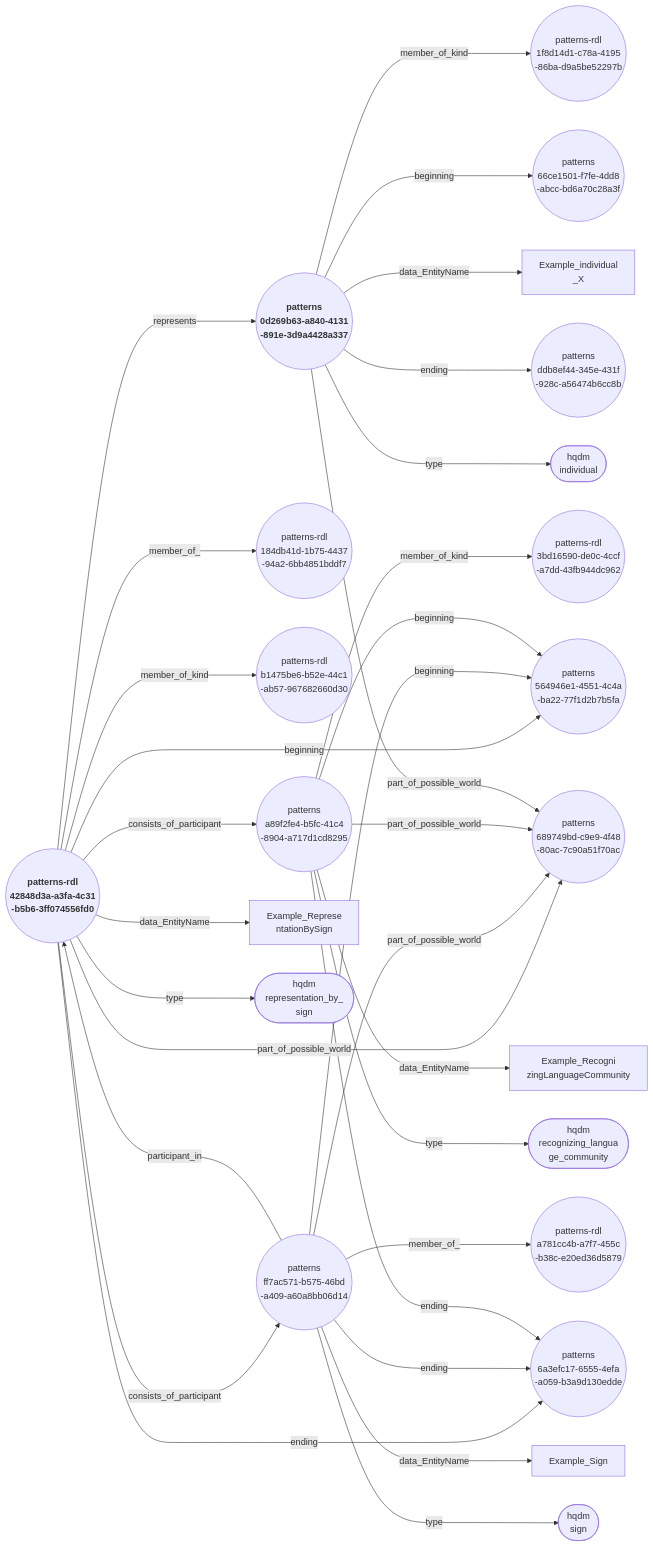
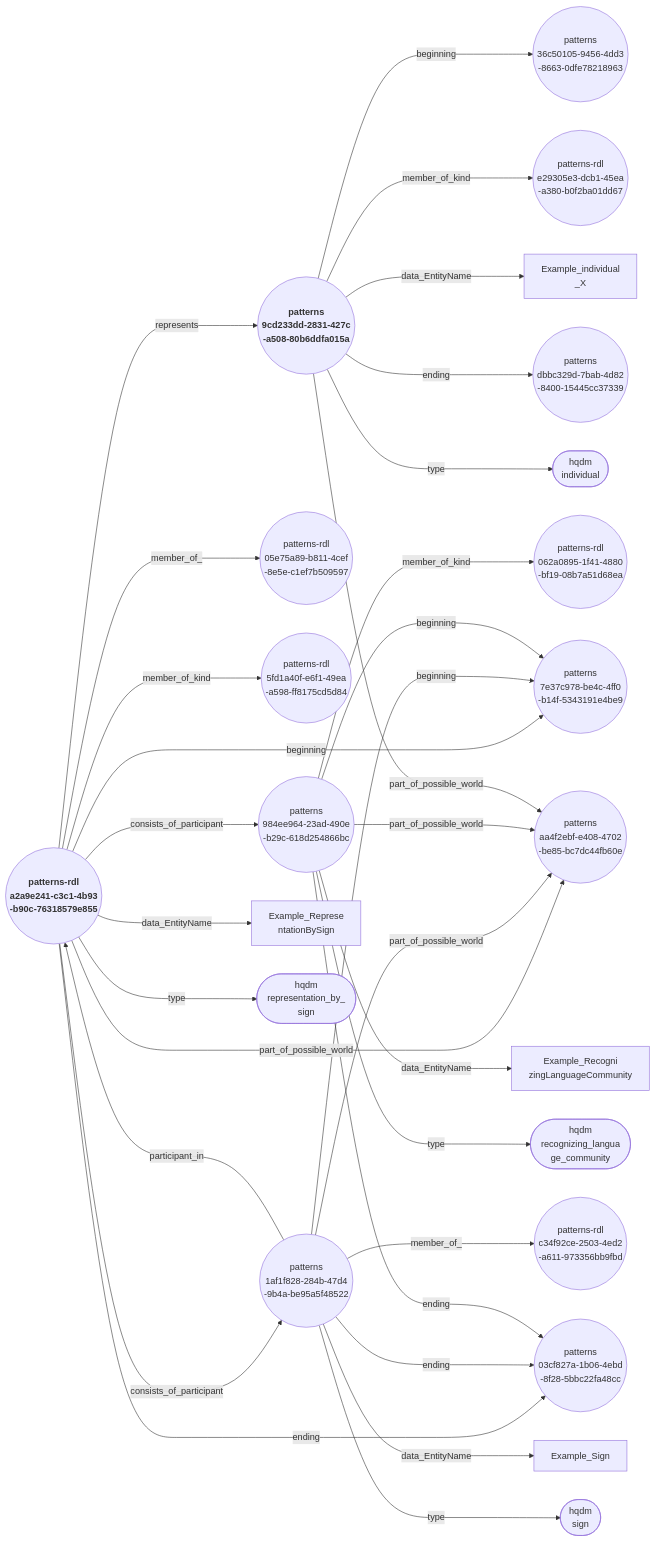
Before and after one commit to ClimbingAl/HqdmPatterns: the diagram in docs/extras/example-files/genericRepresentationBySignAndParticipantsNodeEdgeGraph.mermaid, drawn with Mermaid. The commit also changed 56 other files, not shown here.

````diff
--- a/docs/extras/example-files/genericRepresentationBySignAndParticipantsNodeEdgeGraph.mermaid
+++ b/docs/extras/example-files/genericRepresentationBySignAndParticipantsNodeEdgeGraph.mermaid
@@ -1,32 +1,32 @@
 ``` mermaid
 graph LR
-  42848d3a-a3fa-4c31-b5b6-3ff074556fd0(("<b> patterns-rdl <br> 42848d3a-a3fa-4c31 <br> -b5b6-3ff074556fd0"))--->|"represents"|0d269b63-a840-4131-891e-3d9a4428a337(("<b> patterns <br> 0d269b63-a840-4131 <br> -891e-3d9a4428a337"));
-  42848d3a-a3fa-4c31-b5b6-3ff074556fd0(("<b> patterns-rdl <br> 42848d3a-a3fa-4c31 <br> -b5b6-3ff074556fd0"))--->|"member_of_"|184db41d-1b75-4437-94a2-6bb4851bddf7(("patterns-rdl <br> 184db41d-1b75-4437 <br> -94a2-6bb4851bddf7"));
-  42848d3a-a3fa-4c31-b5b6-3ff074556fd0(("<b> patterns-rdl <br> 42848d3a-a3fa-4c31 <br> -b5b6-3ff074556fd0"))--->|"beginning"|564946e1-4551-4c4a-ba22-77f1d2b7b5fa(("patterns <br> 564946e1-4551-4c4a <br> -ba22-77f1d2b7b5fa"));
-  42848d3a-a3fa-4c31-b5b6-3ff074556fd0(("<b> patterns-rdl <br> 42848d3a-a3fa-4c31 <br> -b5b6-3ff074556fd0"))--->|"member_of_kind"|b1475be6-b52e-44c1-ab57-967682660d30(("patterns-rdl <br> b1475be6-b52e-44c1 <br> -ab57-967682660d30"));
-  42848d3a-a3fa-4c31-b5b6-3ff074556fd0(("<b> patterns-rdl <br> 42848d3a-a3fa-4c31 <br> -b5b6-3ff074556fd0"))--->|"consists_of_participant"|a89f2fe4-b5fc-41c4-8904-a717d1cd8295(("patterns <br> a89f2fe4-b5fc-41c4 <br> -8904-a717d1cd8295"));
-  42848d3a-a3fa-4c31-b5b6-3ff074556fd0(("<b> patterns-rdl <br> 42848d3a-a3fa-4c31 <br> -b5b6-3ff074556fd0"))--->|"consists_of_participant"|ff7ac571-b575-46bd-a409-a60a8bb06d14(("patterns <br> ff7ac571-b575-46bd <br> -a409-a60a8bb06d14"));
-  42848d3a-a3fa-4c31-b5b6-3ff074556fd0(("<b> patterns-rdl <br> 42848d3a-a3fa-4c31 <br> -b5b6-3ff074556fd0"))--->|"part_of_possible_world"|689749bd-c9e9-4f48-80ac-7c90a51f70ac(("patterns <br> 689749bd-c9e9-4f48 <br> -80ac-7c90a51f70ac"));
-  42848d3a-a3fa-4c31-b5b6-3ff074556fd0(("<b> patterns-rdl <br> 42848d3a-a3fa-4c31 <br> -b5b6-3ff074556fd0"))--->|"data_EntityName"|Example_RepresentationBySign["Example_Represe <br> ntationBySign"];
-  42848d3a-a3fa-4c31-b5b6-3ff074556fd0(("<b> patterns-rdl <br> 42848d3a-a3fa-4c31 <br> -b5b6-3ff074556fd0"))--->|"ending"|6a3efc17-6555-4efa-a059-b3a9d130edde(("patterns <br> 6a3efc17-6555-4efa <br> -a059-b3a9d130edde"));
-  42848d3a-a3fa-4c31-b5b6-3ff074556fd0(("<b> patterns-rdl <br> 42848d3a-a3fa-4c31 <br> -b5b6-3ff074556fd0"))--->|"type"|representation_by_sign(["hqdm <br> representation_by_ <br> sign"]);
-  ff7ac571-b575-46bd-a409-a60a8bb06d14(("patterns <br> ff7ac571-b575-46bd <br> -a409-a60a8bb06d14"))--->|"member_of_"|a781cc4b-a7f7-455c-b38c-e20ed36d5879(("patterns-rdl <br> a781cc4b-a7f7-455c <br> -b38c-e20ed36d5879"));
-  ff7ac571-b575-46bd-a409-a60a8bb06d14(("patterns <br> ff7ac571-b575-46bd <br> -a409-a60a8bb06d14"))--->|"beginning"|564946e1-4551-4c4a-ba22-77f1d2b7b5fa(("patterns <br> 564946e1-4551-4c4a <br> -ba22-77f1d2b7b5fa"));
-  ff7ac571-b575-46bd-a409-a60a8bb06d14(("patterns <br> ff7ac571-b575-46bd <br> -a409-a60a8bb06d14"))--->|"part_of_possible_world"|689749bd-c9e9-4f48-80ac-7c90a51f70ac(("patterns <br> 689749bd-c9e9-4f48 <br> -80ac-7c90a51f70ac"));
-  ff7ac571-b575-46bd-a409-a60a8bb06d14(("patterns <br> ff7ac571-b575-46bd <br> -a409-a60a8bb06d14"))--->|"participant_in"|42848d3a-a3fa-4c31-b5b6-3ff074556fd0(("<b> patterns-rdl <br> 42848d3a-a3fa-4c31 <br> -b5b6-3ff074556fd0"));
-  ff7ac571-b575-46bd-a409-a60a8bb06d14(("patterns <br> ff7ac571-b575-46bd <br> -a409-a60a8bb06d14"))--->|"data_EntityName"|Example_Sign["Example_Sign"];
-  ff7ac571-b575-46bd-a409-a60a8bb06d14(("patterns <br> ff7ac571-b575-46bd <br> -a409-a60a8bb06d14"))--->|"ending"|6a3efc17-6555-4efa-a059-b3a9d130edde(("patterns <br> 6a3efc17-6555-4efa <br> -a059-b3a9d130edde"));
-  ff7ac571-b575-46bd-a409-a60a8bb06d14(("patterns <br> ff7ac571-b575-46bd <br> -a409-a60a8bb06d14"))--->|"type"|sign(["hqdm <br> sign"]);
-  a89f2fe4-b5fc-41c4-8904-a717d1cd8295(("patterns <br> a89f2fe4-b5fc-41c4 <br> -8904-a717d1cd8295"))--->|"beginning"|564946e1-4551-4c4a-ba22-77f1d2b7b5fa(("patterns <br> 564946e1-4551-4c4a <br> -ba22-77f1d2b7b5fa"));
-  a89f2fe4-b5fc-41c4-8904-a717d1cd8295(("patterns <br> a89f2fe4-b5fc-41c4 <br> -8904-a717d1cd8295"))--->|"member_of_kind"|3bd16590-de0c-4ccf-a7dd-43fb944dc962(("patterns-rdl <br> 3bd16590-de0c-4ccf <br> -a7dd-43fb944dc962"));
-  a89f2fe4-b5fc-41c4-8904-a717d1cd8295(("patterns <br> a89f2fe4-b5fc-41c4 <br> -8904-a717d1cd8295"))--->|"part_of_possible_world"|689749bd-c9e9-4f48-80ac-7c90a51f70ac(("patterns <br> 689749bd-c9e9-4f48 <br> -80ac-7c90a51f70ac"));
-  a89f2fe4-b5fc-41c4-8904-a717d1cd8295(("patterns <br> a89f2fe4-b5fc-41c4 <br> -8904-a717d1cd8295"))--->|"data_EntityName"|Example_RecognizingLanguageCommunity["Example_Recogni <br> zingLanguageCommunity"];
-  a89f2fe4-b5fc-41c4-8904-a717d1cd8295(("patterns <br> a89f2fe4-b5fc-41c4 <br> -8904-a717d1cd8295"))--->|"ending"|6a3efc17-6555-4efa-a059-b3a9d130edde(("patterns <br> 6a3efc17-6555-4efa <br> -a059-b3a9d130edde"));
-  a89f2fe4-b5fc-41c4-8904-a717d1cd8295(("patterns <br> a89f2fe4-b5fc-41c4 <br> -8904-a717d1cd8295"))--->|"type"|recognizing_language_community(["hqdm <br> recognizing_langua <br> ge_community"]);
-  0d269b63-a840-4131-891e-3d9a4428a337(("<b> patterns <br> 0d269b63-a840-4131 <br> -891e-3d9a4428a337"))--->|"member_of_kind"|1f8d14d1-c78a-4195-86ba-d9a5be52297b(("patterns-rdl <br> 1f8d14d1-c78a-4195 <br> -86ba-d9a5be52297b"));
-  0d269b63-a840-4131-891e-3d9a4428a337(("<b> patterns <br> 0d269b63-a840-4131 <br> -891e-3d9a4428a337"))--->|"beginning"|66ce1501-f7fe-4dd8-abcc-bd6a70c28a3f(("patterns <br> 66ce1501-f7fe-4dd8 <br> -abcc-bd6a70c28a3f"));
-  0d269b63-a840-4131-891e-3d9a4428a337(("<b> patterns <br> 0d269b63-a840-4131 <br> -891e-3d9a4428a337"))--->|"part_of_possible_world"|689749bd-c9e9-4f48-80ac-7c90a51f70ac(("patterns <br> 689749bd-c9e9-4f48 <br> -80ac-7c90a51f70ac"));
-  0d269b63-a840-4131-891e-3d9a4428a337(("<b> patterns <br> 0d269b63-a840-4131 <br> -891e-3d9a4428a337"))--->|"data_EntityName"|Example_individual_X["Example_individual <br> _X"];
-  0d269b63-a840-4131-891e-3d9a4428a337(("<b> patterns <br> 0d269b63-a840-4131 <br> -891e-3d9a4428a337"))--->|"ending"|ddb8ef44-345e-431f-928c-a56474b6cc8b(("patterns <br> ddb8ef44-345e-431f <br> -928c-a56474b6cc8b"));
-  0d269b63-a840-4131-891e-3d9a4428a337(("<b> patterns <br> 0d269b63-a840-4131 <br> -891e-3d9a4428a337"))--->|"type"|individual(["hqdm <br> individual"]);
+  a2a9e241-c3c1-4b93-b90c-76318579e855(("<b> patterns-rdl <br> a2a9e241-c3c1-4b93 <br> -b90c-76318579e855"))--->|"represents"|9cd233dd-2831-427c-a508-80b6ddfa015a(("<b> patterns <br> 9cd233dd-2831-427c <br> -a508-80b6ddfa015a"));
+  a2a9e241-c3c1-4b93-b90c-76318579e855(("<b> patterns-rdl <br> a2a9e241-c3c1-4b93 <br> -b90c-76318579e855"))--->|"member_of_"|05e75a89-b811-4cef-8e5e-c1ef7b509597(("patterns-rdl <br> 05e75a89-b811-4cef <br> -8e5e-c1ef7b509597"));
+  a2a9e241-c3c1-4b93-b90c-76318579e855(("<b> patterns-rdl <br> a2a9e241-c3c1-4b93 <br> -b90c-76318579e855"))--->|"beginning"|7e37c978-be4c-4ff0-b14f-5343191e4be9(("patterns <br> 7e37c978-be4c-4ff0 <br> -b14f-5343191e4be9"));
+  a2a9e241-c3c1-4b93-b90c-76318579e855(("<b> patterns-rdl <br> a2a9e241-c3c1-4b93 <br> -b90c-76318579e855"))--->|"member_of_kind"|5fd1a40f-e6f1-49ea-a598-ff8175cd5d84(("patterns-rdl <br> 5fd1a40f-e6f1-49ea <br> -a598-ff8175cd5d84"));
+  a2a9e241-c3c1-4b93-b90c-76318579e855(("<b> patterns-rdl <br> a2a9e241-c3c1-4b93 <br> -b90c-76318579e855"))--->|"consists_of_participant"|1af1f828-284b-47d4-9b4a-be95a5f48522(("patterns <br> 1af1f828-284b-47d4 <br> -9b4a-be95a5f48522"));
+  a2a9e241-c3c1-4b93-b90c-76318579e855(("<b> patterns-rdl <br> a2a9e241-c3c1-4b93 <br> -b90c-76318579e855"))--->|"consists_of_participant"|984ee964-23ad-490e-b29c-618d254866bc(("patterns <br> 984ee964-23ad-490e <br> -b29c-618d254866bc"));
+  a2a9e241-c3c1-4b93-b90c-76318579e855(("<b> patterns-rdl <br> a2a9e241-c3c1-4b93 <br> -b90c-76318579e855"))--->|"part_of_possible_world"|aa4f2ebf-e408-4702-be85-bc7dc44fb60e(("patterns <br> aa4f2ebf-e408-4702 <br> -be85-bc7dc44fb60e"));
+  a2a9e241-c3c1-4b93-b90c-76318579e855(("<b> patterns-rdl <br> a2a9e241-c3c1-4b93 <br> -b90c-76318579e855"))--->|"data_EntityName"|Example_RepresentationBySign["Example_Represe <br> ntationBySign"];
+  a2a9e241-c3c1-4b93-b90c-76318579e855(("<b> patterns-rdl <br> a2a9e241-c3c1-4b93 <br> -b90c-76318579e855"))--->|"ending"|03cf827a-1b06-4ebd-8f28-5bbc22fa48cc(("patterns <br> 03cf827a-1b06-4ebd <br> -8f28-5bbc22fa48cc"));
+  a2a9e241-c3c1-4b93-b90c-76318579e855(("<b> patterns-rdl <br> a2a9e241-c3c1-4b93 <br> -b90c-76318579e855"))--->|"type"|representation_by_sign(["hqdm <br> representation_by_ <br> sign"]);
+  1af1f828-284b-47d4-9b4a-be95a5f48522(("patterns <br> 1af1f828-284b-47d4 <br> -9b4a-be95a5f48522"))--->|"member_of_"|c34f92ce-2503-4ed2-a611-973356bb9fbd(("patterns-rdl <br> c34f92ce-2503-4ed2 <br> -a611-973356bb9fbd"));
+  1af1f828-284b-47d4-9b4a-be95a5f48522(("patterns <br> 1af1f828-284b-47d4 <br> -9b4a-be95a5f48522"))--->|"beginning"|7e37c978-be4c-4ff0-b14f-5343191e4be9(("patterns <br> 7e37c978-be4c-4ff0 <br> -b14f-5343191e4be9"));
+  1af1f828-284b-47d4-9b4a-be95a5f48522(("patterns <br> 1af1f828-284b-47d4 <br> -9b4a-be95a5f48522"))--->|"part_of_possible_world"|aa4f2ebf-e408-4702-be85-bc7dc44fb60e(("patterns <br> aa4f2ebf-e408-4702 <br> -be85-bc7dc44fb60e"));
+  1af1f828-284b-47d4-9b4a-be95a5f48522(("patterns <br> 1af1f828-284b-47d4 <br> -9b4a-be95a5f48522"))--->|"participant_in"|a2a9e241-c3c1-4b93-b90c-76318579e855(("<b> patterns-rdl <br> a2a9e241-c3c1-4b93 <br> -b90c-76318579e855"));
+  1af1f828-284b-47d4-9b4a-be95a5f48522(("patterns <br> 1af1f828-284b-47d4 <br> -9b4a-be95a5f48522"))--->|"data_EntityName"|Example_Sign["Example_Sign"];
+  1af1f828-284b-47d4-9b4a-be95a5f48522(("patterns <br> 1af1f828-284b-47d4 <br> -9b4a-be95a5f48522"))--->|"ending"|03cf827a-1b06-4ebd-8f28-5bbc22fa48cc(("patterns <br> 03cf827a-1b06-4ebd <br> -8f28-5bbc22fa48cc"));
+  1af1f828-284b-47d4-9b4a-be95a5f48522(("patterns <br> 1af1f828-284b-47d4 <br> -9b4a-be95a5f48522"))--->|"type"|sign(["hqdm <br> sign"]);
+  984ee964-23ad-490e-b29c-618d254866bc(("patterns <br> 984ee964-23ad-490e <br> -b29c-618d254866bc"))--->|"beginning"|7e37c978-be4c-4ff0-b14f-5343191e4be9(("patterns <br> 7e37c978-be4c-4ff0 <br> -b14f-5343191e4be9"));
+  984ee964-23ad-490e-b29c-618d254866bc(("patterns <br> 984ee964-23ad-490e <br> -b29c-618d254866bc"))--->|"member_of_kind"|062a0895-1f41-4880-bf19-08b7a51d68ea(("patterns-rdl <br> 062a0895-1f41-4880 <br> -bf19-08b7a51d68ea"));
+  984ee964-23ad-490e-b29c-618d254866bc(("patterns <br> 984ee964-23ad-490e <br> -b29c-618d254866bc"))--->|"part_of_possible_world"|aa4f2ebf-e408-4702-be85-bc7dc44fb60e(("patterns <br> aa4f2ebf-e408-4702 <br> -be85-bc7dc44fb60e"));
+  984ee964-23ad-490e-b29c-618d254866bc(("patterns <br> 984ee964-23ad-490e <br> -b29c-618d254866bc"))--->|"data_EntityName"|Example_RecognizingLanguageCommunity["Example_Recogni <br> zingLanguageCommunity"];
+  984ee964-23ad-490e-b29c-618d254866bc(("patterns <br> 984ee964-23ad-490e <br> -b29c-618d254866bc"))--->|"ending"|03cf827a-1b06-4ebd-8f28-5bbc22fa48cc(("patterns <br> 03cf827a-1b06-4ebd <br> -8f28-5bbc22fa48cc"));
+  984ee964-23ad-490e-b29c-618d254866bc(("patterns <br> 984ee964-23ad-490e <br> -b29c-618d254866bc"))--->|"type"|recognizing_language_community(["hqdm <br> recognizing_langua <br> ge_community"]);
+  9cd233dd-2831-427c-a508-80b6ddfa015a(("<b> patterns <br> 9cd233dd-2831-427c <br> -a508-80b6ddfa015a"))--->|"beginning"|36c50105-9456-4dd3-8663-0dfe78218963(("patterns <br> 36c50105-9456-4dd3 <br> -8663-0dfe78218963"));
+  9cd233dd-2831-427c-a508-80b6ddfa015a(("<b> patterns <br> 9cd233dd-2831-427c <br> -a508-80b6ddfa015a"))--->|"member_of_kind"|e29305e3-dcb1-45ea-a380-b0f2ba01dd67(("patterns-rdl <br> e29305e3-dcb1-45ea <br> -a380-b0f2ba01dd67"));
+  9cd233dd-2831-427c-a508-80b6ddfa015a(("<b> patterns <br> 9cd233dd-2831-427c <br> -a508-80b6ddfa015a"))--->|"part_of_possible_world"|aa4f2ebf-e408-4702-be85-bc7dc44fb60e(("patterns <br> aa4f2ebf-e408-4702 <br> -be85-bc7dc44fb60e"));
+  9cd233dd-2831-427c-a508-80b6ddfa015a(("<b> patterns <br> 9cd233dd-2831-427c <br> -a508-80b6ddfa015a"))--->|"data_EntityName"|Example_individual_X["Example_individual <br> _X"];
+  9cd233dd-2831-427c-a508-80b6ddfa015a(("<b> patterns <br> 9cd233dd-2831-427c <br> -a508-80b6ddfa015a"))--->|"ending"|dbbc329d-7bab-4d82-8400-15445cc37339(("patterns <br> dbbc329d-7bab-4d82 <br> -8400-15445cc37339"));
+  9cd233dd-2831-427c-a508-80b6ddfa015a(("<b> patterns <br> 9cd233dd-2831-427c <br> -a508-80b6ddfa015a"))--->|"type"|individual(["hqdm <br> individual"]);
 ```
````
